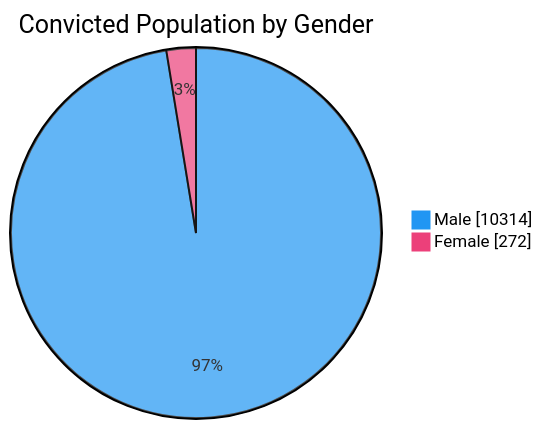
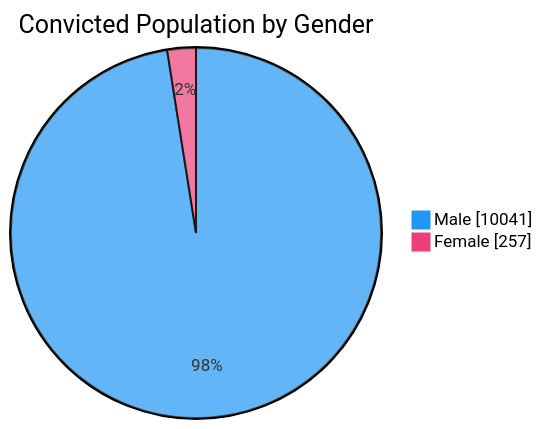
Before and after one commit to nuuuwan/lk_prisons: the third of 7 diagrams in README.md, drawn with Mermaid. The commit also changed other lines of this file and 1 other file, not shown here.

````diff
--- a/README.md
+++ b/README.md
@@ -65,6 +65,6 @@
 ```mermaid
 %%{init: {'themeVariables': {'pie1': '#2196F3', 'pie2': '#EC407A'}}}%%
 pie showData title Convicted Population by Gender
-    "Male" : 10314
-    "Female" : 272
+    "Male" : 10041
+    "Female" : 257
 ```
````
